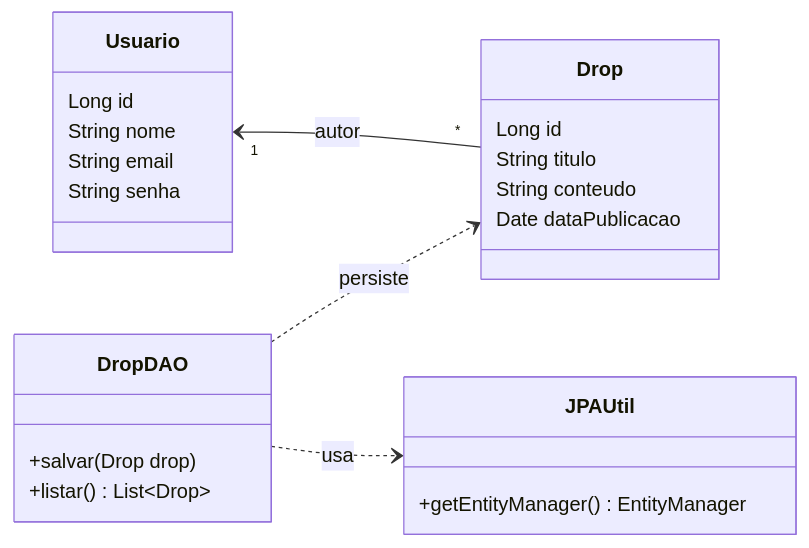
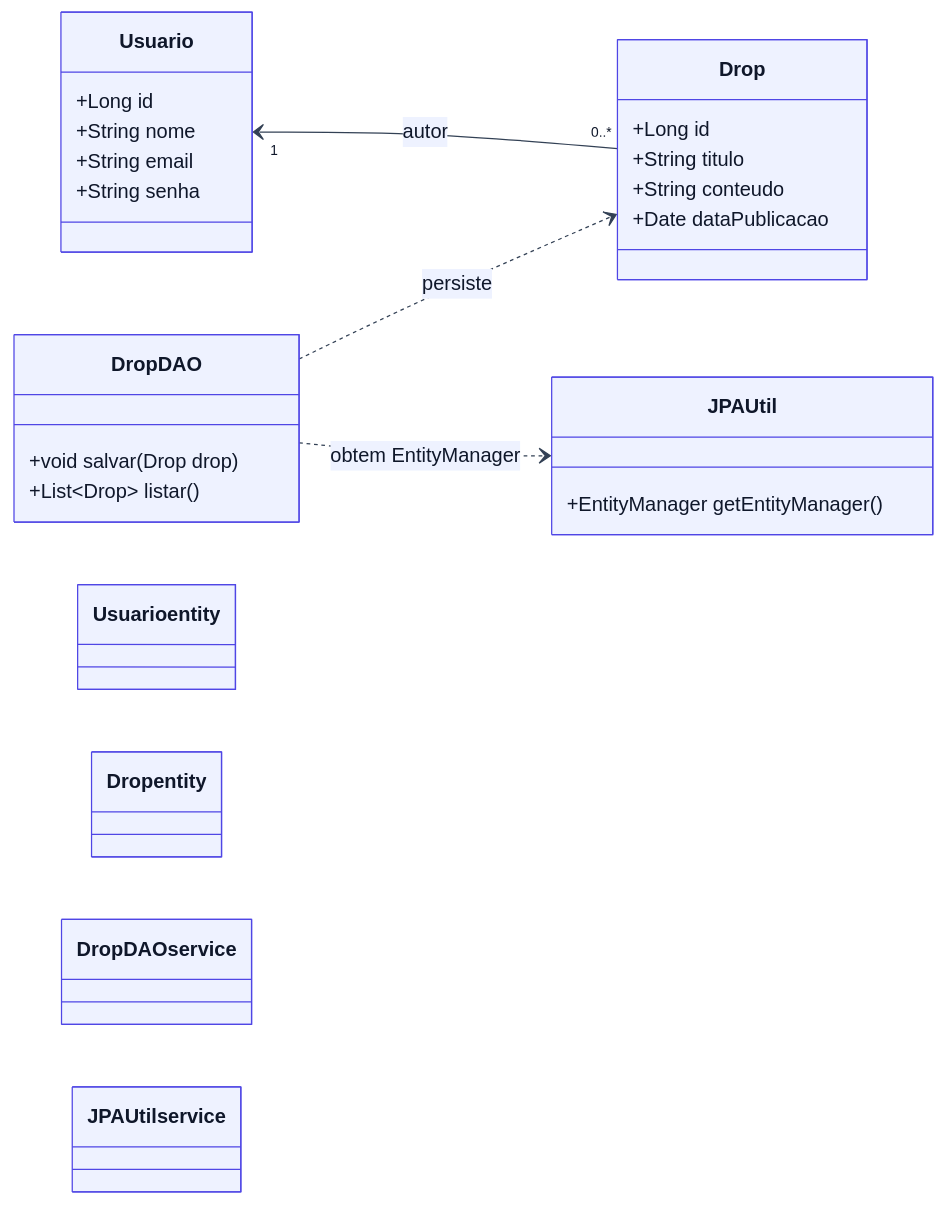
One commit to gabrielZZ231/DevDrops-MVP changed the diagram in docs/uml/class-diagram.mmd. Above: the diagram before and after it, drawn with Mermaid. The commit also changed 1 other file, not shown here.

Commit message:
docs(uml): refine class diagram layout and styling

```diff
--- a/docs/uml/class-diagram.mmd
+++ b/docs/uml/class-diagram.mmd
@@ -1,29 +1,45 @@
+%%{init: {"theme": "base", "themeVariables": {
+  "primaryColor": "#eef2ff",
+  "primaryBorderColor": "#4f46e5",
+  "primaryTextColor": "#0f172a",
+  "lineColor": "#334155",
+  "tertiaryColor": "#f8fafc",
+  "fontFamily": "Segoe UI"
+}}}%%
 classDiagram
   direction LR
 
   class Usuario {
-    Long id
-    String nome
-    String email
-    String senha
+    +Long id
+    +String nome
+    +String email
+    +String senha
   }
 
   class Drop {
-    Long id
-    String titulo
-    String conteudo
-    Date dataPublicacao
+    +Long id
+    +String titulo
+    +String conteudo
+    +Date dataPublicacao
   }
 
   class DropDAO {
-    +salvar(Drop drop)
-    +listar() List~Drop~
+    +void salvar(Drop drop)
+    +List~Drop~ listar()
   }
 
   class JPAUtil {
-    +getEntityManager() EntityManager
+    +EntityManager getEntityManager()
   }
 
-  Usuario "1" <-- "*" Drop : autor
-  DropDAO ..> JPAUtil : usa
+  Usuario "1" <-- "0..*" Drop : autor
   DropDAO ..> Drop : persiste
+  DropDAO ..> JPAUtil : obtem EntityManager
+
+  classDef entity fill:#eef2ff,stroke:#4f46e5,stroke-width:1.5px,color:#0f172a
+  classDef service fill:#f8fafc,stroke:#1e293b,stroke-width:1.25px,color:#0f172a
+
+  class Usuario entity
+  class Drop entity
+  class DropDAO service
+  class JPAUtil service
```
